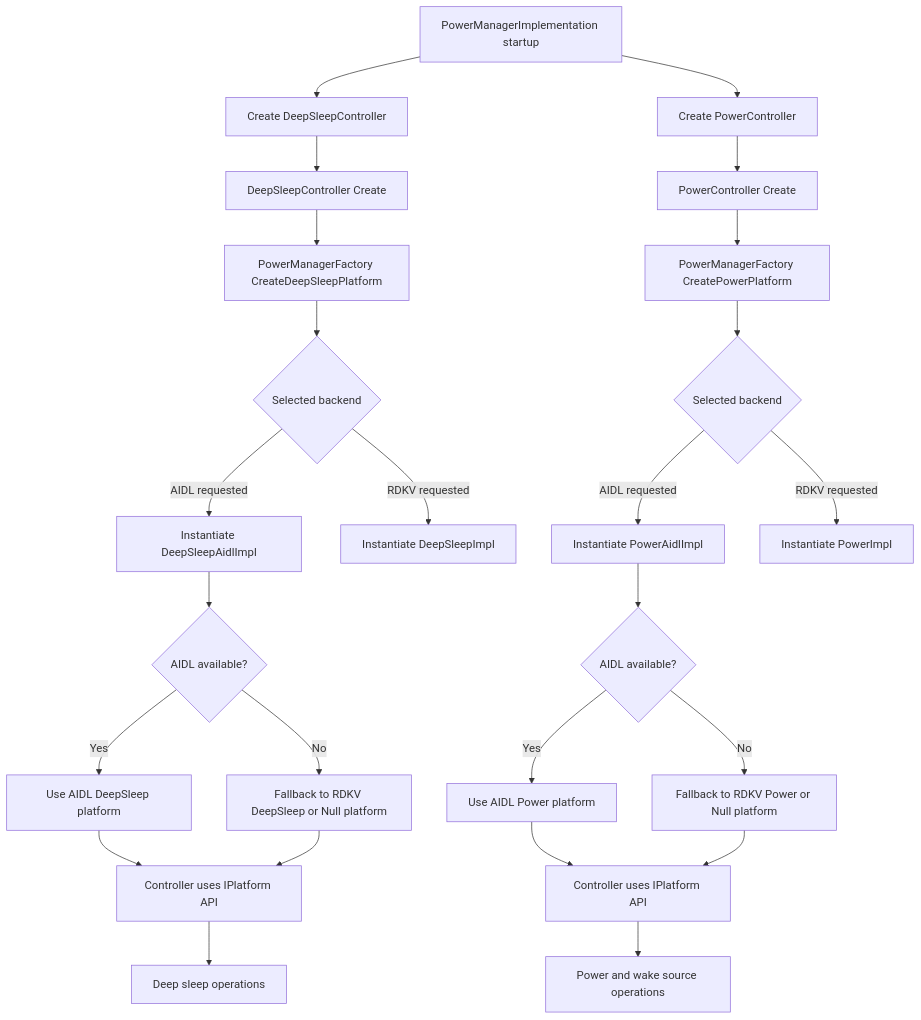
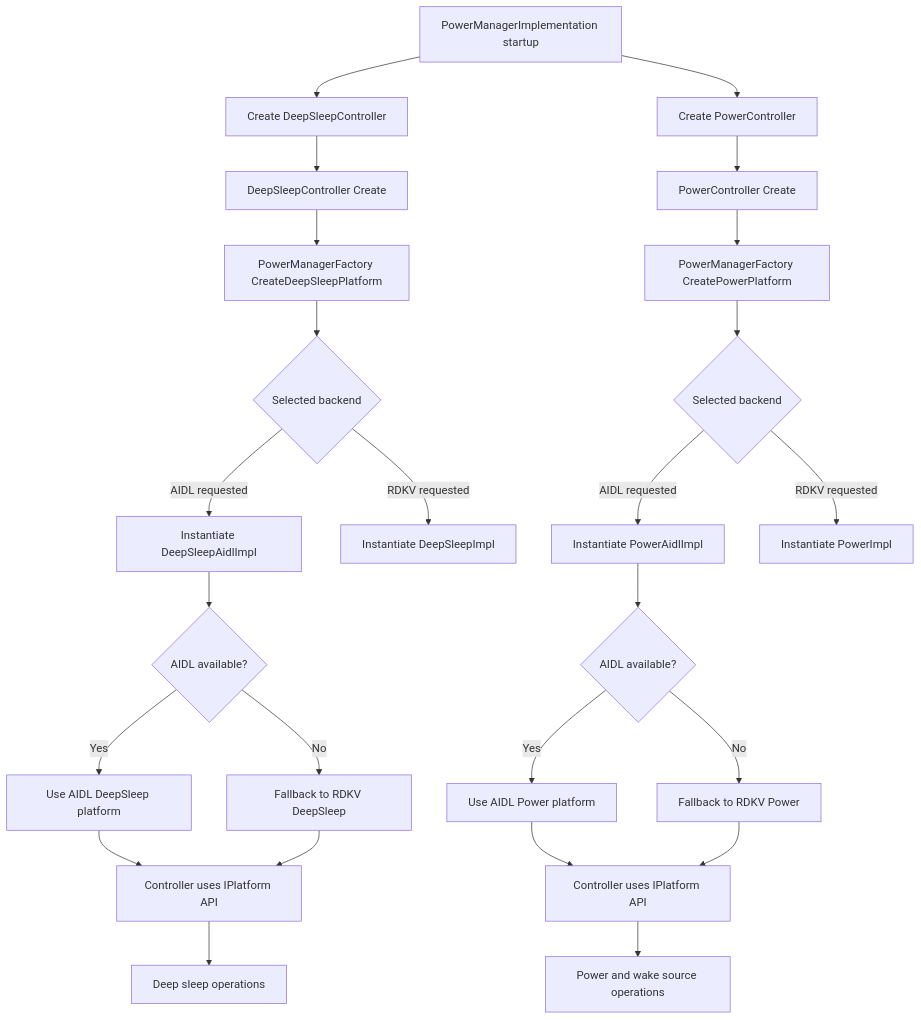
Before and after one commit to vinodtel/entservices-powermanager: the second of 2 diagrams in ARCHITECTURE_HAL_FACTORY.md, drawn with Mermaid. The commit also changed other lines of this file, not shown here.

````diff
--- a/ARCHITECTURE_HAL_FACTORY.md
+++ b/ARCHITECTURE_HAL_FACTORY.md
@@ -130,36 +117,36 @@
 ```mermaid
 flowchart TD
     A[PowerManagerImplementation startup] --> B[Create DeepSleepController]
     B --> C[DeepSleepController Create]
     C --> D[PowerManagerFactory CreateDeepSleepPlatform]
 
     A --> E[Create PowerController]
     E --> F[PowerController Create]
     F --> G[PowerManagerFactory CreatePowerPlatform]
 
     D --> H{Selected backend}
     G --> I{Selected backend}
 
     H -->|AIDL requested| J[Instantiate DeepSleepAidlImpl]
     H -->|RDKV requested| K[Instantiate DeepSleepImpl]
 
     I -->|AIDL requested| L[Instantiate PowerAidlImpl]
     I -->|RDKV requested| M[Instantiate PowerImpl]
 
     J --> N{AIDL available?}
     L --> O{AIDL available?}
 
     N -->|Yes| P[Use AIDL DeepSleep platform]
-    N -->|No| Q[Fallback to RDKV DeepSleep or Null platform]
+    N -->|No| Q[Fallback to RDKV DeepSleep]
 
     O -->|Yes| R[Use AIDL Power platform]
-    O -->|No| S[Fallback to RDKV Power or Null platform]
+    O -->|No| S[Fallback to RDKV Power]
 
     P --> T[Controller uses IPlatform API]
     Q --> T
     R --> U[Controller uses IPlatform API]
     S --> U
 
     T --> V[Deep sleep operations]
     U --> W[Power and wake source operations]
 ```
````
